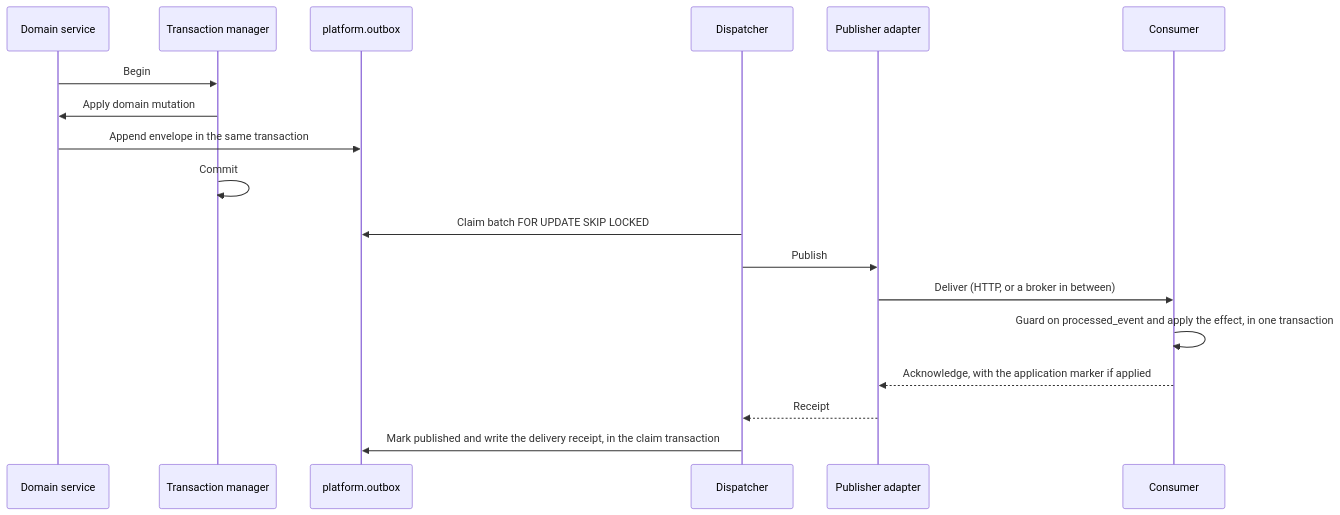
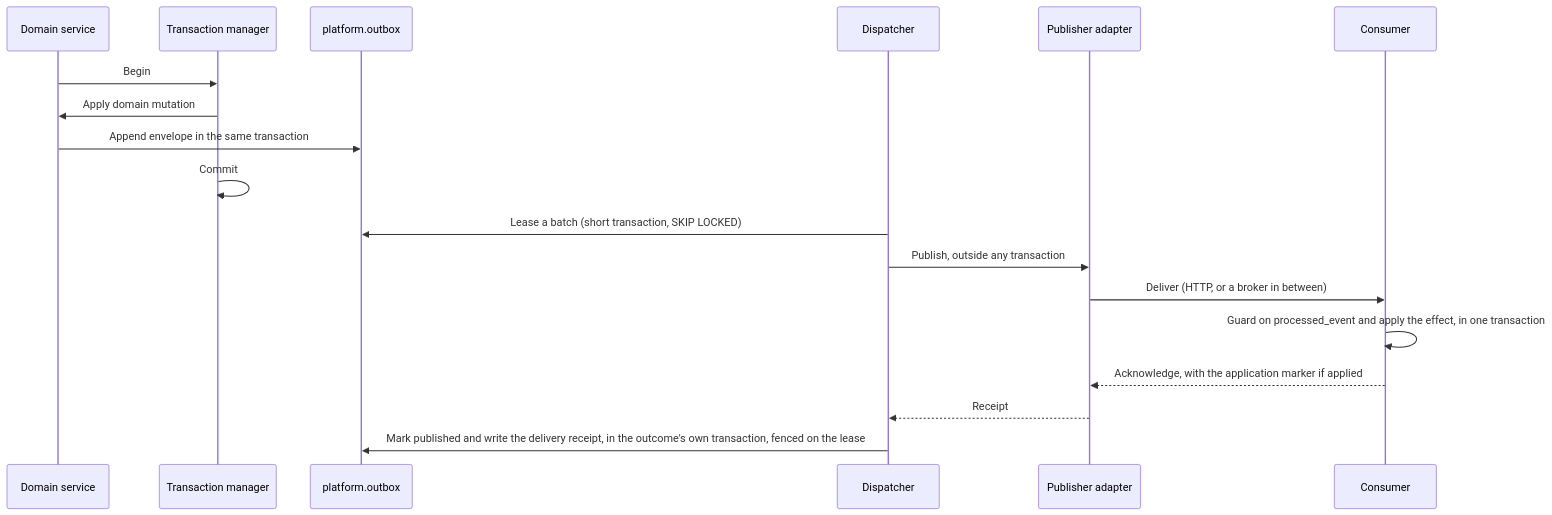
Before and after one commit to anshacerbia2/foundation-platform: the diagram in docs/designs/TDD-foundation-platform-001-outbox-and-event-envelope.md, drawn with Mermaid. The commit also changed other lines of this file and 8 other files, not shown here.

First line of the commit message:
Lease outbox rows instead of holding a transaction across delivery

````diff
--- a/docs/designs/TDD-foundation-platform-001-outbox-and-event-envelope.md
+++ b/docs/designs/TDD-foundation-platform-001-outbox-and-event-envelope.md
@@ -115,21 +115,21 @@
 ```mermaid
 sequenceDiagram
     participant D as Domain service
     participant T as Transaction manager
     participant O as platform.outbox
     participant P as Dispatcher
     participant A as Publisher adapter
     participant C as Consumer
 
     D->>T: Begin
     T->>D: Apply domain mutation
     D->>O: Append envelope in the same transaction
     T->>T: Commit
-    P->>O: Claim batch FOR UPDATE SKIP LOCKED
-    P->>A: Publish
+    P->>O: Lease a batch (short transaction, SKIP LOCKED)
+    P->>A: Publish, outside any transaction
     A->>C: Deliver (HTTP, or a broker in between)
     C->>C: Guard on processed_event and apply the effect, in one transaction
     C-->>A: Acknowledge, with the application marker if applied
     A-->>P: Receipt
-    P->>O: Mark published and write the delivery receipt, in the claim transaction
+    P->>O: Mark published and write the delivery receipt, in the outcome's own transaction, fenced on the lease
 ```
````
